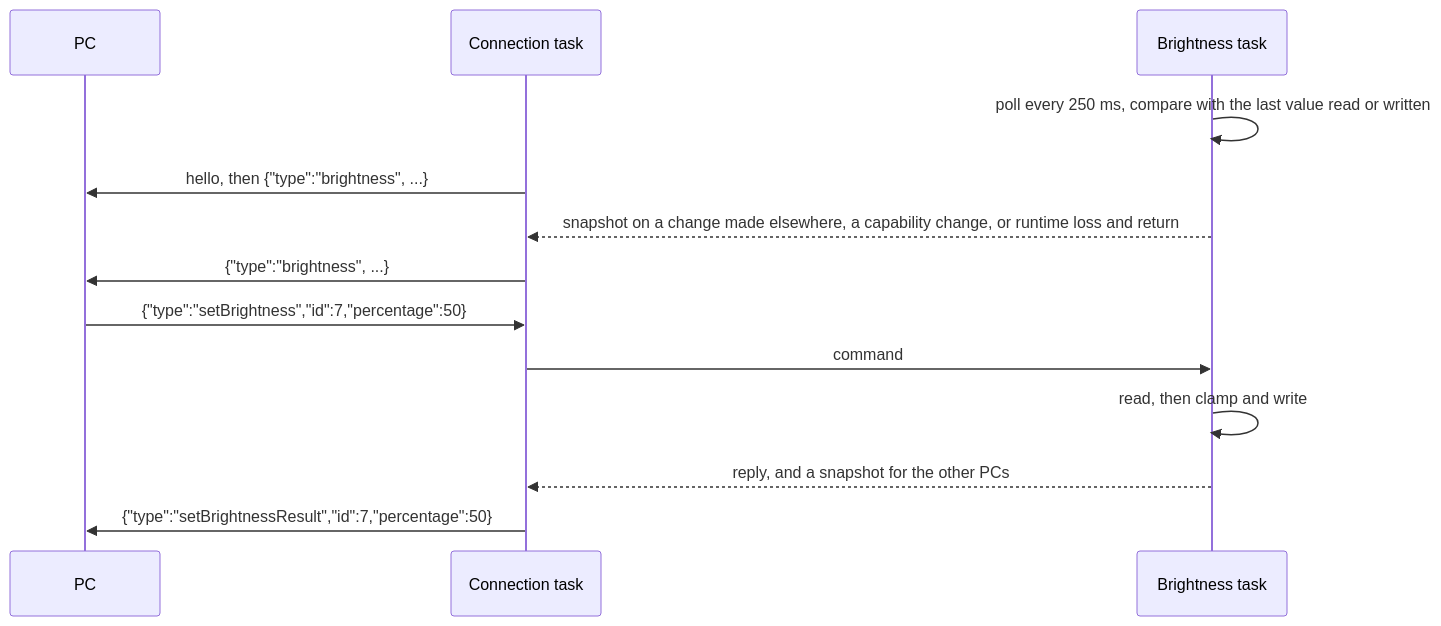
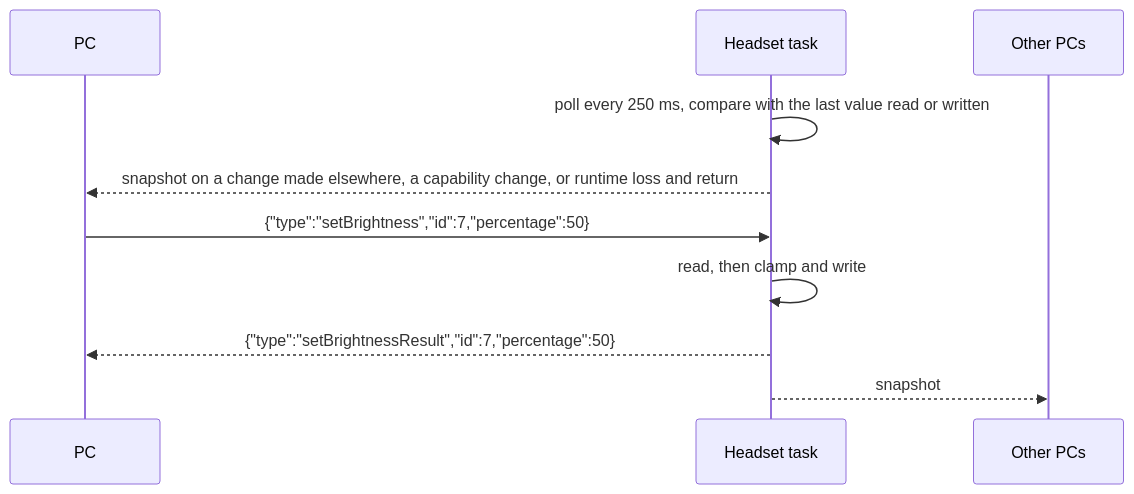
One commit to Raphiiko/OyasumiVR changed the fifth of 7 diagrams in docs/agents/steam-frame-pairing.md. Above: the diagram before and after it, drawn with Mermaid. The commit also changed other lines of this file and 2 other files, not shown here.

````diff
--- a/docs/agents/steam-frame-pairing.md
+++ b/docs/agents/steam-frame-pairing.md
@@ -240,15 +217,12 @@
 ```mermaid
 sequenceDiagram
   participant P as PC
-  participant C as Connection task
-  participant T as Brightness task
+  participant T as Headset task
+  participant O as Other PCs
   T->>T: poll every 250 ms, compare with the last value read or written
-  C->>P: hello, then {"type":"brightness", ...}
-  T-->>C: snapshot on a change made elsewhere, a capability change, or runtime loss and return
-  C->>P: {"type":"brightness", ...}
-  P->>C: {"type":"setBrightness","id":7,"percentage":50}
-  C->>T: command
+  T-->>P: snapshot on a change made elsewhere, a capability change, or runtime loss and return
+  P->>T: {"type":"setBrightness","id":7,"percentage":50}
   T->>T: read, then clamp and write
-  T-->>C: reply, and a snapshot for the other PCs
-  C->>P: {"type":"setBrightnessResult","id":7,"percentage":50}
+  T-->>P: {"type":"setBrightnessResult","id":7,"percentage":50}
+  T-->>O: snapshot
 ```
````
